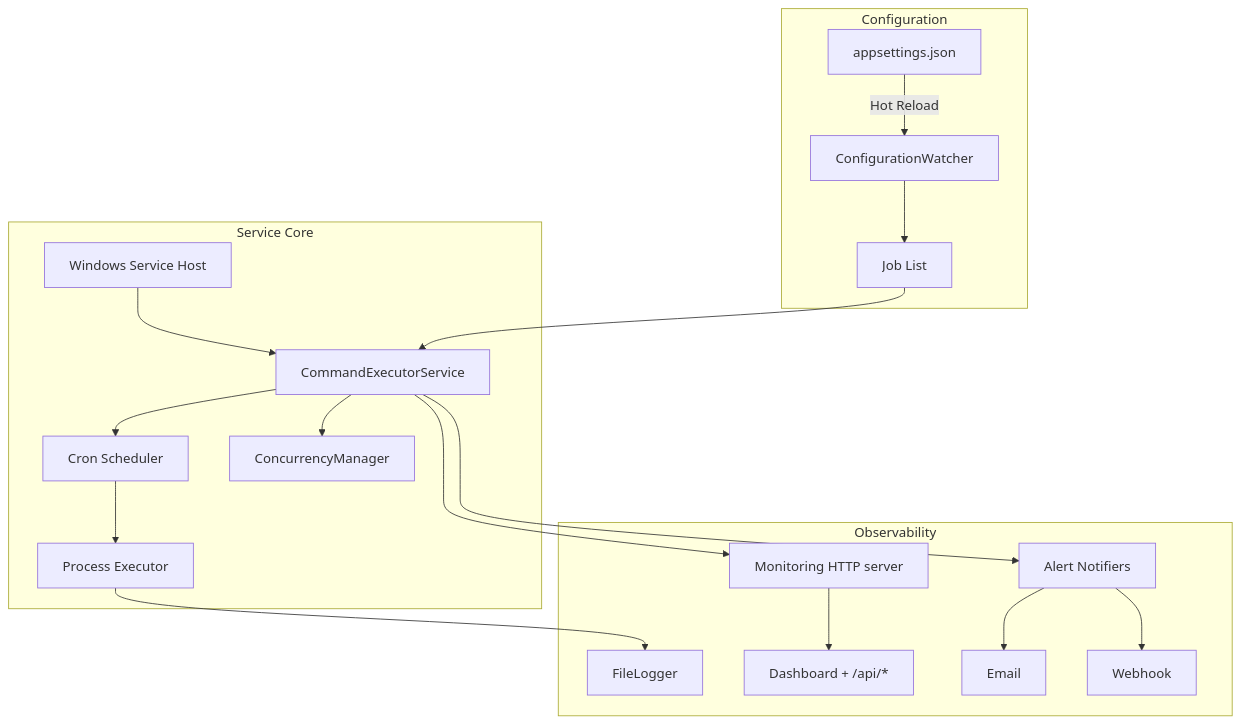
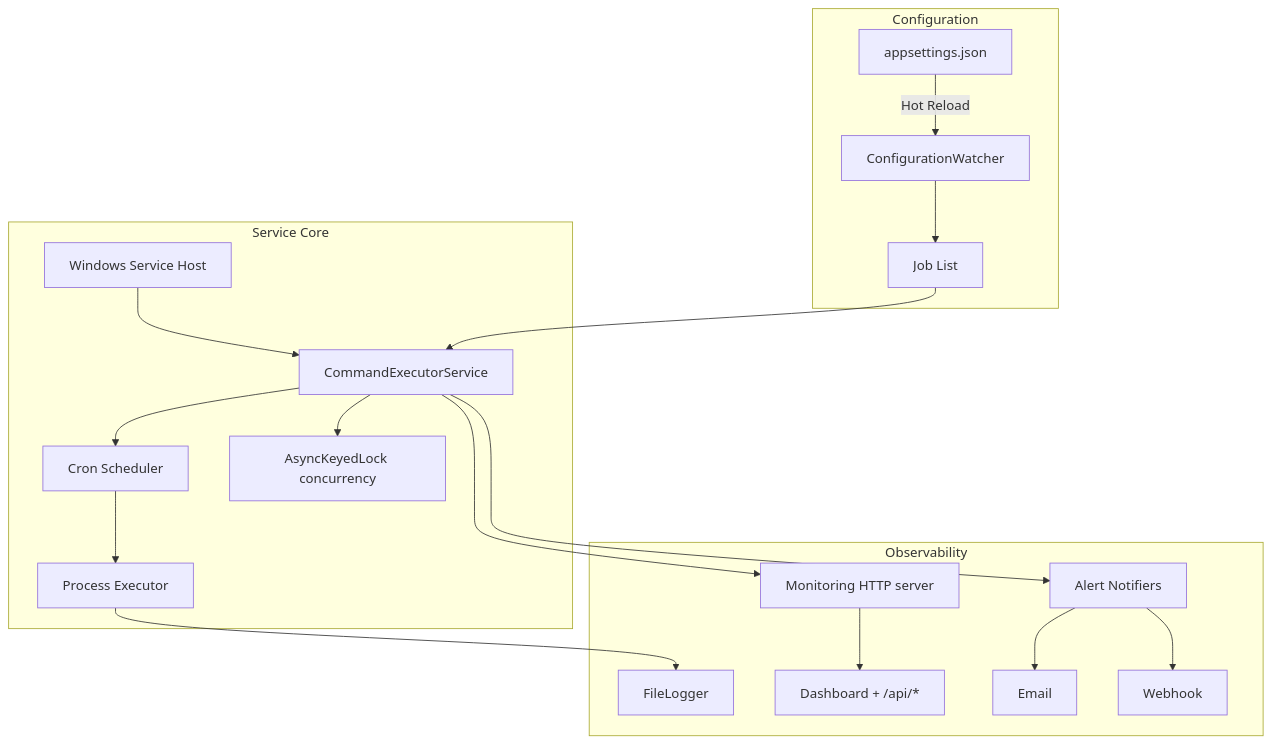
Before and after one commit to peopleworks/RunCommandsService: the first of 2 diagrams in README.md, drawn with Mermaid. The commit also changed other lines of this file and 1 other file, not shown here.

First line of the commit message:
docs: embed CodeBoarding component map + add roadmap

````diff
--- a/README.md
+++ b/README.md
@@ -44,23 +44,23 @@
 ```mermaid
 flowchart TB
     subgraph Configuration
         A[appsettings.json] -->|Hot Reload| B[ConfigurationWatcher]
         B --> C[Job List]
     end
 
     subgraph Service Core
         D[Windows Service Host] --> E[CommandExecutorService]
         C --> E
         E --> F[Cron Scheduler]
         F --> G[Process Executor]
-        E --> CK[ConcurrencyManager]
+        E --> CK[AsyncKeyedLock concurrency]
     end
 
     subgraph Observability
         G --> H[FileLogger]
         E --> M[Monitoring HTTP server]
         M --> DASH[Dashboard + /api/*]
         E --> N[Alert Notifiers]
         N --> Email & Webhook
     end
 ```
````
